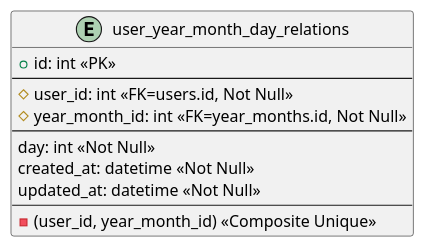
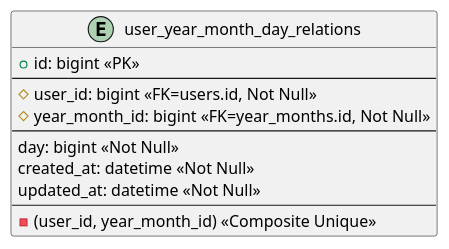
The diagram in Plantuml/tables/user_year_month_day_relations.puml (ZoveRKI/BookKeeping), drawn with PlantUML before and after one commit. The commit also changed 7 other files, not shown here.

```diff
--- a/Plantuml/tables/user_year_month_day_relations.puml
+++ b/Plantuml/tables/user_year_month_day_relations.puml
@@ -1,16 +1,16 @@
 @startuml user_year_month_day_relations
 
 entity "user_year_month_day_relations" as user_year_month_day_relations {
-    + id: int <<PK>>
+    + id: bigint <<PK>>
     --
-    # user_id: int <<FK=users.id, Not Null>>
-    # year_month_id: int <<FK=year_months.id, Not Null>>
+    # user_id: bigint <<FK=users.id, Not Null>>
+    # year_month_id: bigint <<FK=year_months.id, Not Null>>
     --
-    day: int <<Not Null>>
+    day: bigint <<Not Null>>
     created_at: datetime <<Not Null>>
     updated_at: datetime <<Not Null>>
     --
     - (user_id, year_month_id) <<Composite Unique>>
 }
 
 @enduml
```
